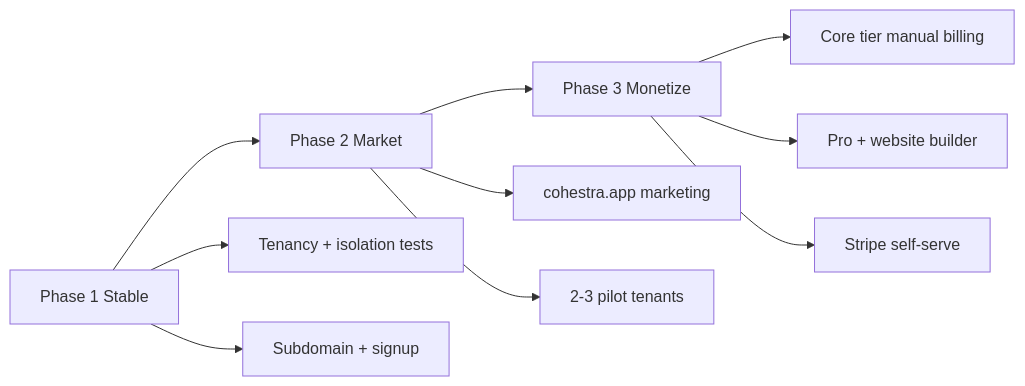
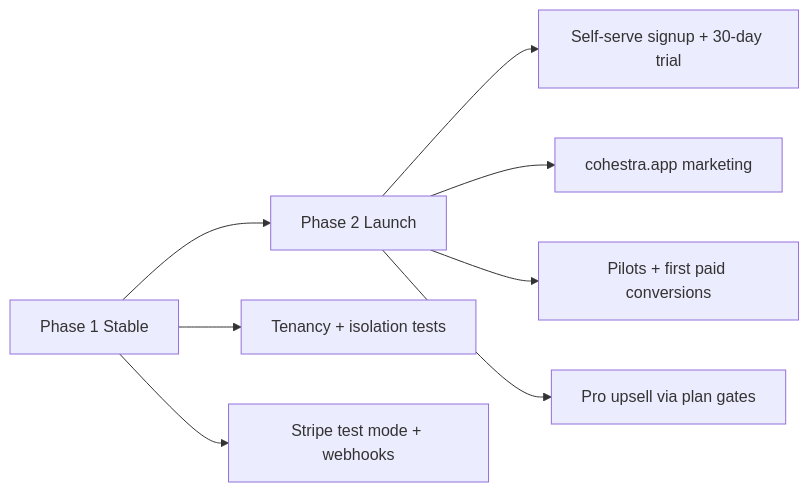
One commit to fad16papa/Cohestra changed the diagram in _bmad-output/planning-artifacts/prds/prd-cohestra-enterprise-2026-07-15/prd.md. Above: the diagram before and after it, drawn with Mermaid. The commit also changed other lines of this file and 3 other files, not shown here.

First line of the commit message:
docs(prd): intro pricing $29/$79, Stripe sandbox, 30-day trial

````diff
--- a/_bmad-output/planning-artifacts/prds/prd-cohestra-enterprise-2026-07-15/prd.md
+++ b/_bmad-output/planning-artifacts/prds/prd-cohestra-enterprise-2026-07-15/prd.md
@@ -485,12 +541,10 @@
 ```mermaid
 flowchart LR
-  P1[Phase 1 Stable] --> P2[Phase 2 Market]
-  P2 --> P3[Phase 3 Monetize]
+  P1[Phase 1 Stable] --> P2[Phase 2 Launch]
   P1 --> T[Tenancy + isolation tests]
-  P1 --> S[Subdomain + signup]
+  P1 --> Stripe[Stripe test mode + webhooks]
+  P2 --> S[Self-serve signup + 30-day trial]
   P2 --> M[cohestra.app marketing]
-  P2 --> D[2-3 pilot tenants]
-  P3 --> C[Core tier manual billing]
-  P3 --> Pro[Pro + website builder]
-  P3 --> Stripe[Stripe self-serve]
+  P2 --> P[Pilots + first paid conversions]
+  P2 --> Pro[Pro upsell via plan gates]
 ```
````
